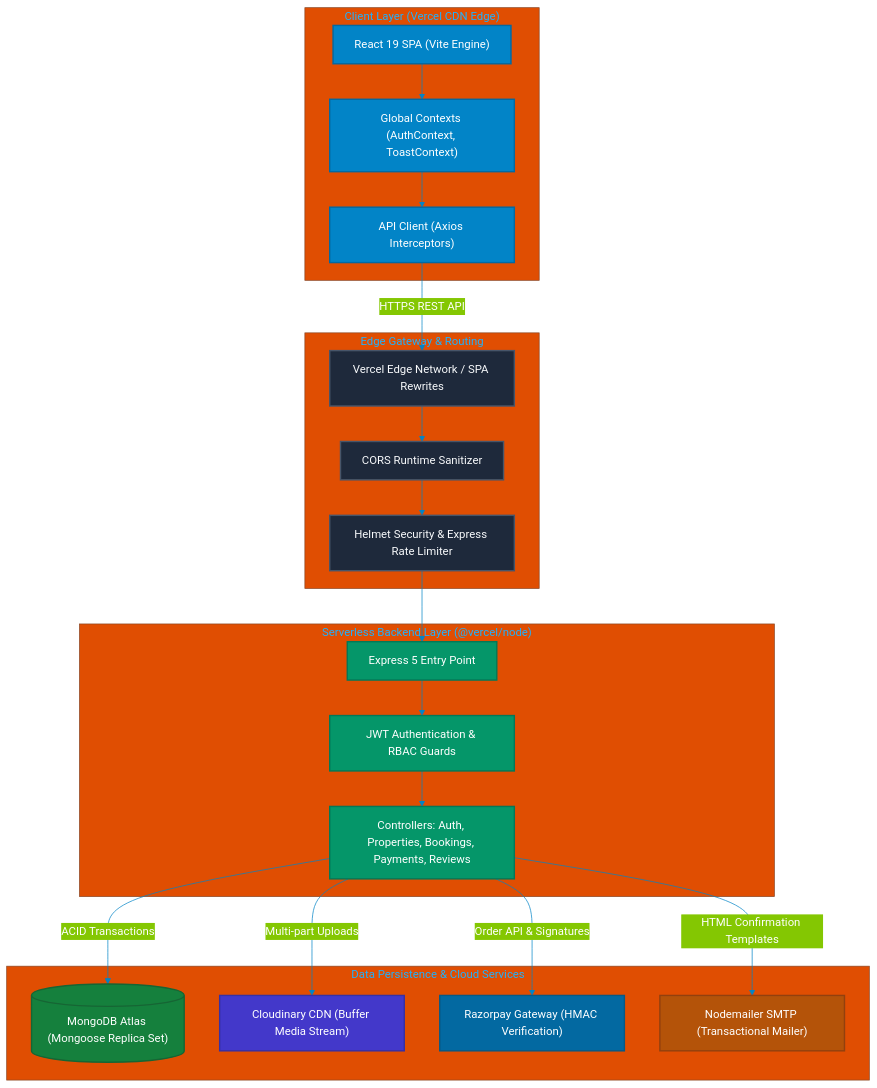
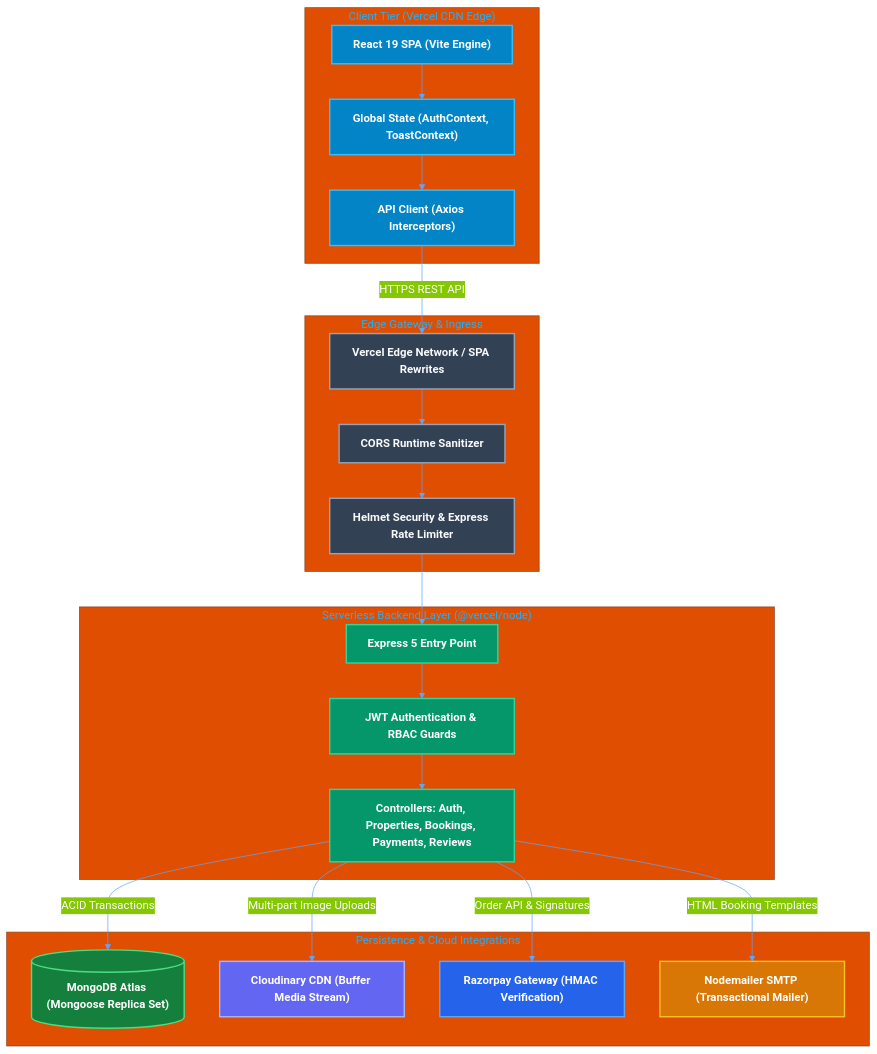
The first of 6 diagrams in README.md (m4nish-dev/homely), drawn with Mermaid before and after one commit. The commit also changed other lines of this file, not shown here.

Commit message:
docs: replace sequence diagrams with vibrant, high-contrast workflow flowcharts for clear visibility

````diff
--- a/README.md
+++ b/README.md
@@ -63,47 +63,47 @@
 ```mermaid
-%%{init: {'theme': 'base', 'themeVariables': {'primaryColor': '#0284c7', 'primaryTextColor': '#ffffff', 'primaryBorderColor': '#0369a1', 'lineColor': '#0284c7'}}}%%
+%%{init: {'theme': 'base', 'themeVariables': {'primaryColor': '#0284c7', 'primaryTextColor': '#ffffff', 'primaryBorderColor': '#38bdf8', 'lineColor': '#60a5fa'}}}%%
 flowchart TB
-    classDef clientNode fill:#0284c7,stroke:#0369a1,stroke-width:2px,color:#ffffff;
-    classDef edgeNode fill:#1e293b,stroke:#475569,stroke-width:2px,color:#f8fafc;
-    classDef serverNode fill:#059669,stroke:#047857,stroke-width:2px,color:#ffffff;
-    classDef dbNode fill:#15803d,stroke:#166534,stroke-width:2px,color:#ffffff;
-    classDef cloudNode fill:#4338ca,stroke:#3730a3,stroke-width:2px,color:#ffffff;
-    classDef payNode fill:#0369a1,stroke:#075985,stroke-width:2px,color:#ffffff;
-    classDef mailNode fill:#b45309,stroke:#92400e,stroke-width:2px,color:#ffffff;
+    classDef clientNode fill:#0284c7,stroke:#38bdf8,stroke-width:2px,color:#ffffff,font-weight:bold;
+    classDef edgeNode fill:#334155,stroke:#94a3b8,stroke-width:2px,color:#f8fafc,font-weight:bold;
+    classDef serverNode fill:#059669,stroke:#34d399,stroke-width:2px,color:#ffffff,font-weight:bold;
+    classDef dbNode fill:#15803d,stroke:#4ade80,stroke-width:2px,color:#ffffff,font-weight:bold;
+    classDef cloudNode fill:#6366f1,stroke:#a5b4fc,stroke-width:2px,color:#ffffff,font-weight:bold;
+    classDef payNode fill:#2563eb,stroke:#60a5fa,stroke-width:2px,color:#ffffff,font-weight:bold;
+    classDef mailNode fill:#d97706,stroke:#fbbf24,stroke-width:2px,color:#ffffff,font-weight:bold;
 
-    subgraph ClientLayer ["Client Layer (Vercel CDN Edge)"]
+    subgraph ClientLayer ["Client Tier (Vercel CDN Edge)"]
         SPA["React 19 SPA (Vite Engine)"]:::clientNode
-        State["Global Contexts (AuthContext, ToastContext)"]:::clientNode
+        State["Global State (AuthContext, ToastContext)"]:::clientNode
         Services["API Client (Axios Interceptors)"]:::clientNode
         SPA --> State
         State --> Services
     end
 
-    subgraph GatewayLayer ["Edge Gateway & Routing"]
+    subgraph GatewayLayer ["Edge Gateway & Ingress"]
         Edge["Vercel Edge Network / SPA Rewrites"]:::edgeNode
         Sanitizer["CORS Runtime Sanitizer"]:::edgeNode
         Security["Helmet Security & Express Rate Limiter"]:::edgeNode
         Edge --> Sanitizer --> Security
     end
 
     subgraph ServerLayer ["Serverless Backend Layer (@vercel/node)"]
         App["Express 5 Entry Point"]:::serverNode
         Middlewares["JWT Authentication & RBAC Guards"]:::serverNode
         Controllers["Controllers: Auth, Properties, Bookings, Payments, Reviews"]:::serverNode
         App --> Middlewares --> Controllers
     end
 
-    subgraph InfrastructureLayer ["Data Persistence & Cloud Services"]
+    subgraph InfrastructureLayer ["Persistence & Cloud Integrations"]
         Atlas[("MongoDB Atlas (Mongoose Replica Set)")]:::dbNode
         Cloudinary["Cloudinary CDN (Buffer Media Stream)"]:::cloudNode
         Razorpay["Razorpay Gateway (HMAC Verification)"]:::payNode
         SMTP["Nodemailer SMTP (Transactional Mailer)"]:::mailNode
     end
 
     Services -->|"HTTPS REST API"| Edge
     Security --> App
     Controllers -->|"ACID Transactions"| Atlas
-    Controllers -->|"Multi-part Uploads"| Cloudinary
+    Controllers -->|"Multi-part Image Uploads"| Cloudinary
     Controllers -->|"Order API & Signatures"| Razorpay
-    Controllers -->|"HTML Confirmation Templates"| SMTP
+    Controllers -->|"HTML Booking Templates"| SMTP
 ```
````
